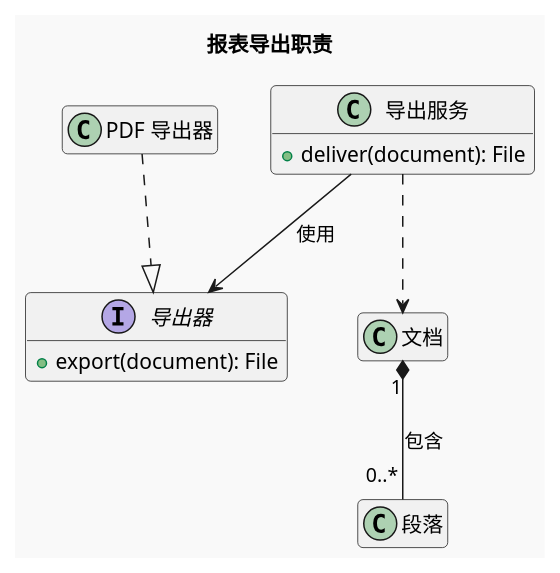
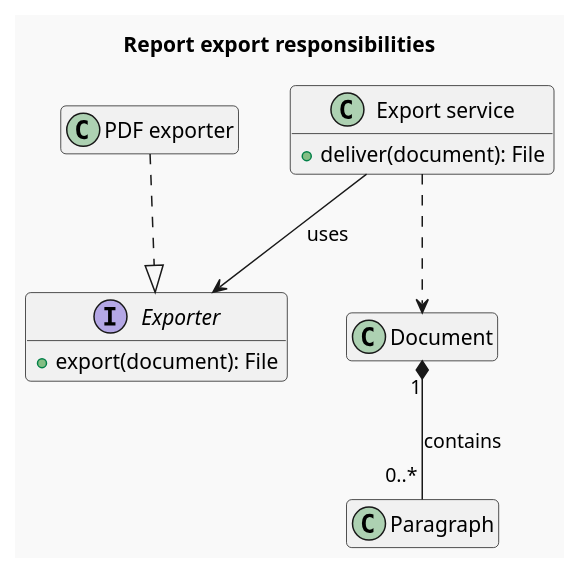
One commit to def-peter/fuxian changed the first of 2 diagrams in skills/fuxian-diagram/references/plantuml/class-er.md. Above: the diagram before and after it, drawn with PlantUML. The commit also changed other lines of this file and 43 other files, not shown here.

Commit message:
feat(skills): internationalize diagram guides and expand type selection

````diff
--- a/skills/fuxian-diagram/references/plantuml/class-er.md
+++ b/skills/fuxian-diagram/references/plantuml/class-er.md
@@ -15,20 +15,20 @@
 ```plantuml
 @startuml
 !theme mars
-title 报表导出职责
+title Report export responsibilities
 hide empty members
-interface "导出器" as Exporter {
+interface "Exporter" as Exporter {
   +export(document): File
 }
-class "PDF 导出器" as PdfExporter
-class "导出服务" as ExportService {
+class "PDF exporter" as PdfExporter
+class "Export service" as ExportService {
   +deliver(document): File
 }
-class "文档" as Document
-class "段落" as Paragraph
+class "Document" as Document
+class "Paragraph" as Paragraph
 PdfExporter ..|> Exporter
-ExportService --> Exporter : 使用
+ExportService --> Exporter : uses
 ExportService ..> Document
-Document "1" *-- "0..*" Paragraph : 包含
+Document "1" *-- "0..*" Paragraph : contains
 @enduml
 ```
````
